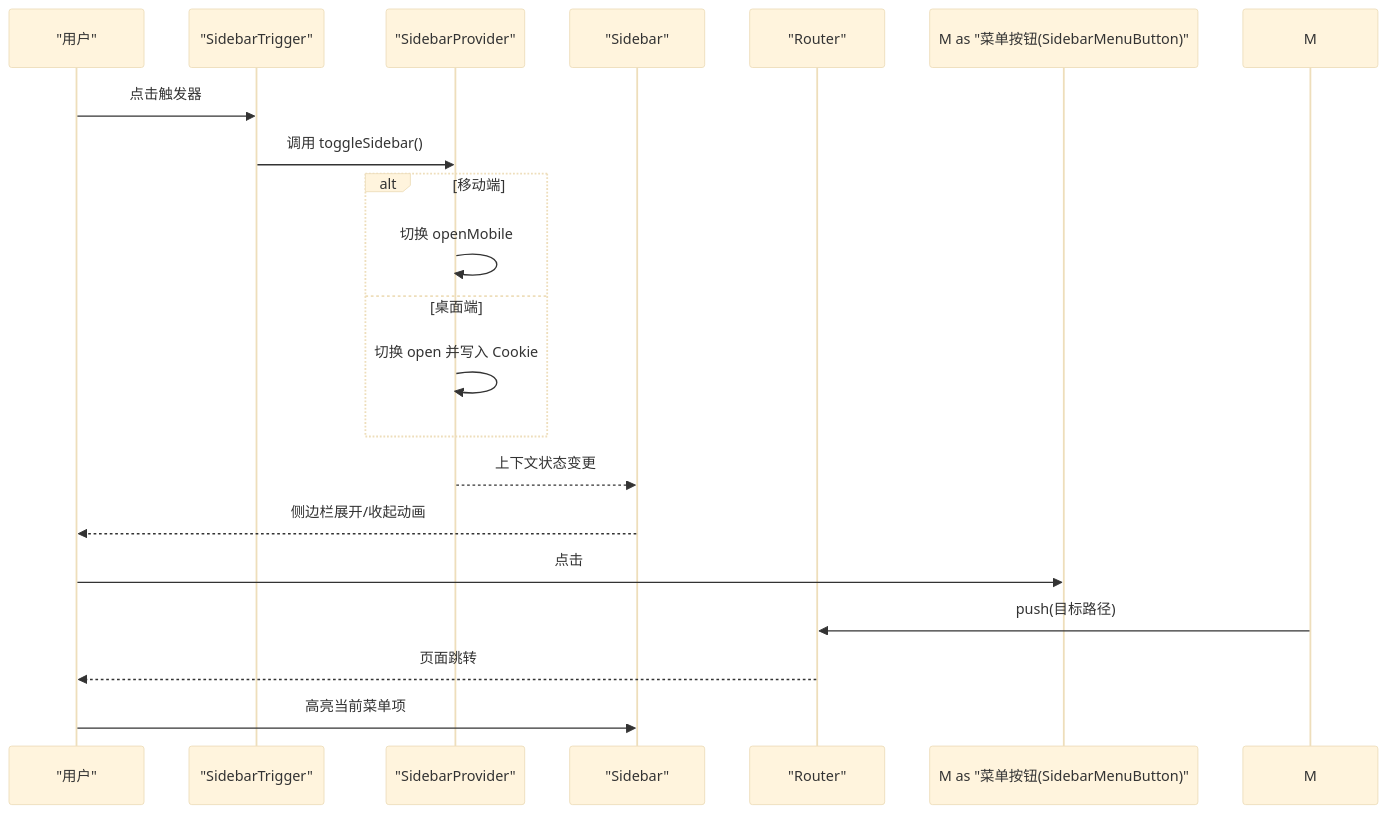
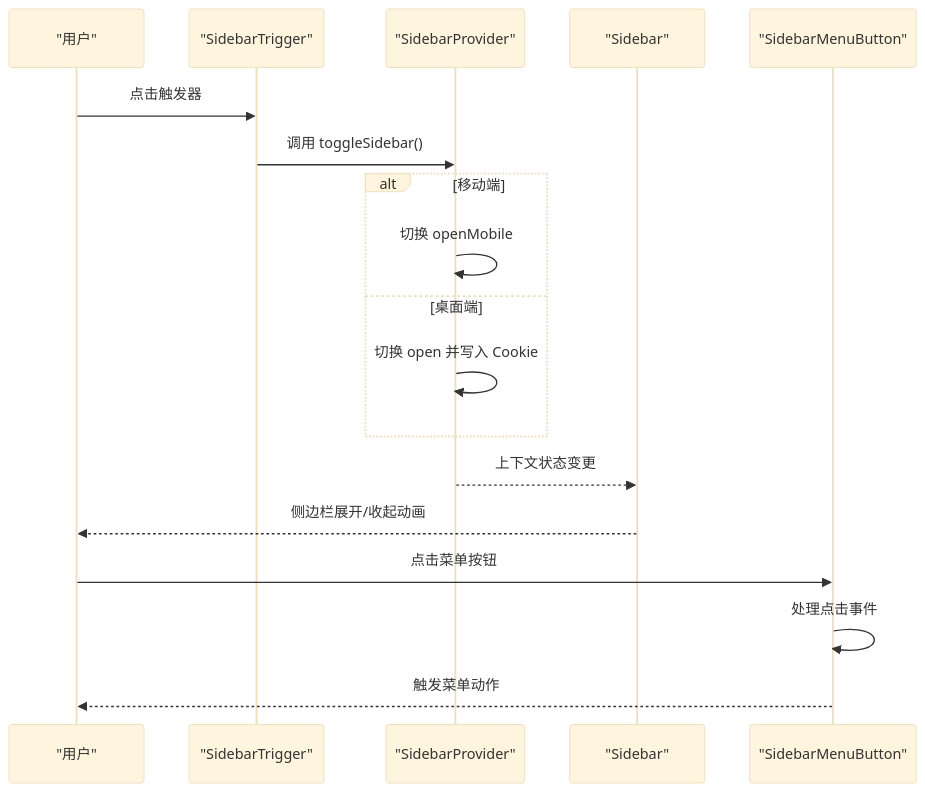
One commit to hipig/autoOps changed the second of 3 diagrams in .qoder/repowiki/zh/content/UI组件/侧边栏组件.md. Above: the diagram before and after it, drawn with Mermaid (base theme). The commit also changed other lines of this file and 37 other files, not shown here.

````diff
--- a/.qoder/repowiki/zh/content/UI组件/侧边栏组件.md
+++ b/.qoder/repowiki/zh/content/UI组件/侧边栏组件.md
@@ -131,21 +149,20 @@
 ```mermaid
 sequenceDiagram
 participant U as "用户"
 participant T as "SidebarTrigger"
 participant P as "SidebarProvider"
 participant S as "Sidebar"
-participant R as "Router"
+participant M as "SidebarMenuButton"
 U->>T : 点击触发器
 T->>P : 调用 toggleSidebar()
 alt 移动端
 P->>P : 切换 openMobile
 else 桌面端
 P->>P : 切换 open 并写入 Cookie
 end
 P-->>S : 上下文状态变更
 S-->>U : 侧边栏展开/收起动画
-U->>M as "菜单按钮(SidebarMenuButton)" : 点击
-M->>R : push(目标路径)
-R-->>U : 页面跳转
-U->>S : 高亮当前菜单项
+U->>M : 点击菜单按钮
+M->>M : 处理点击事件
+M-->>U : 触发菜单动作
 ```
````
